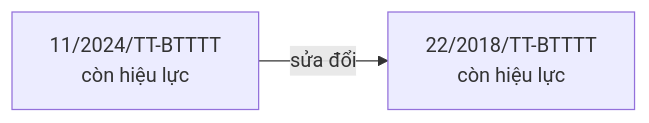
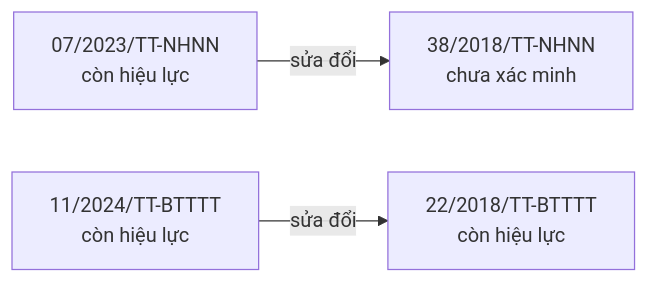
The first of 8 diagrams in bao-cao/quan-he.md (ozvietnam/oz-wiki-plhq), drawn with Mermaid before and after one commit. The commit also changed other lines of this file and 26 other files, not shown here.

````diff
--- a/bao-cao/quan-he.md
+++ b/bao-cao/quan-he.md
@@ -7,6 +7,9 @@
 ```mermaid
 flowchart LR
+  n_07_2023_TT_NHNN["07/2023/TT-NHNN<br/>còn hiệu lực"]
+  n_38_2018_TT_NHNN["38/2018/TT-NHNN<br/>chưa xác minh"]
   n_11_2024_TT_BTTTT["11/2024/TT-BTTTT<br/>còn hiệu lực"]
   n_22_2018_TT_BTTTT["22/2018/TT-BTTTT<br/>còn hiệu lực"]
+  n_07_2023_TT_NHNN -->|sửa đổi| n_38_2018_TT_NHNN
   n_11_2024_TT_BTTTT -->|sửa đổi| n_22_2018_TT_BTTTT
 ```
````
